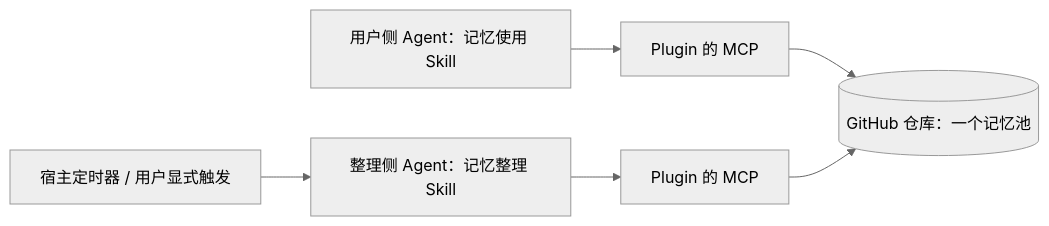
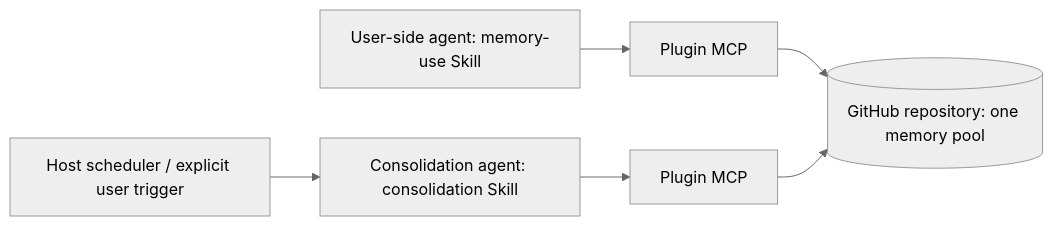
The diagram in README.md (Soulike/agent-memory-plugin), drawn with Mermaid (neutral theme) before and after one commit. The commit also changed other lines of this file and 2 other files, not shown here.

```diff
--- a/README.md
+++ b/README.md
@@ -16,8 +18,8 @@
 ~~~mermaid
 flowchart LR
-    U[用户侧 Agent：记忆使用 Skill] --> M1[Plugin 的 MCP]
-    M1 --> R[(GitHub 仓库：一个记忆池)]
-    T[宿主定时器 / 用户显式触发] --> C[整理侧 Agent：记忆整理 Skill]
-    C --> M2[Plugin 的 MCP]
+    U["User-side agent: memory-use Skill"] --> M1["Plugin MCP"]
+    M1 --> R[("GitHub repository: one memory pool")]
+    T["Host scheduler / explicit user trigger"] --> C["Consolidation agent: consolidation Skill"]
+    C --> M2["Plugin MCP"]
     M2 --> R
 ~~~
```
